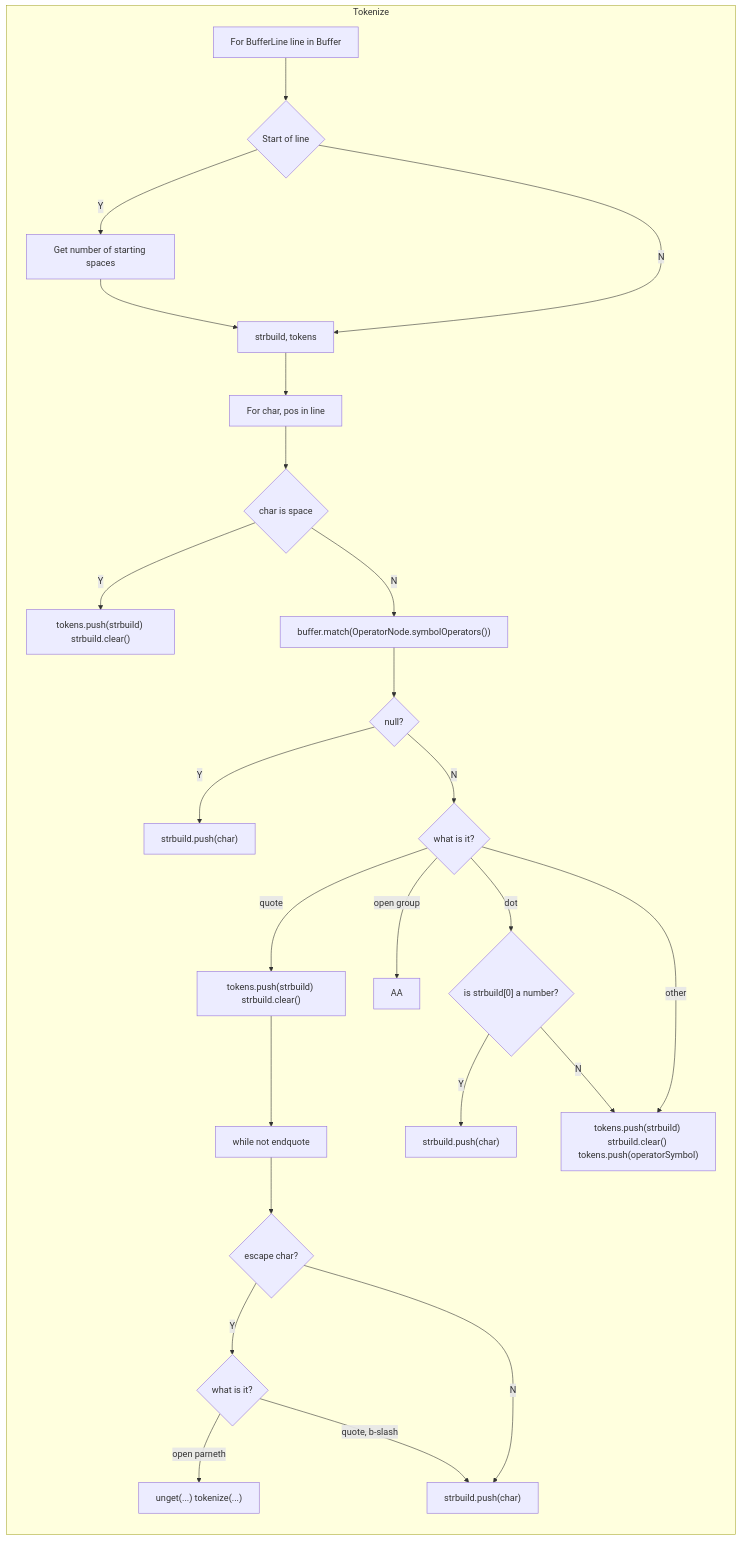
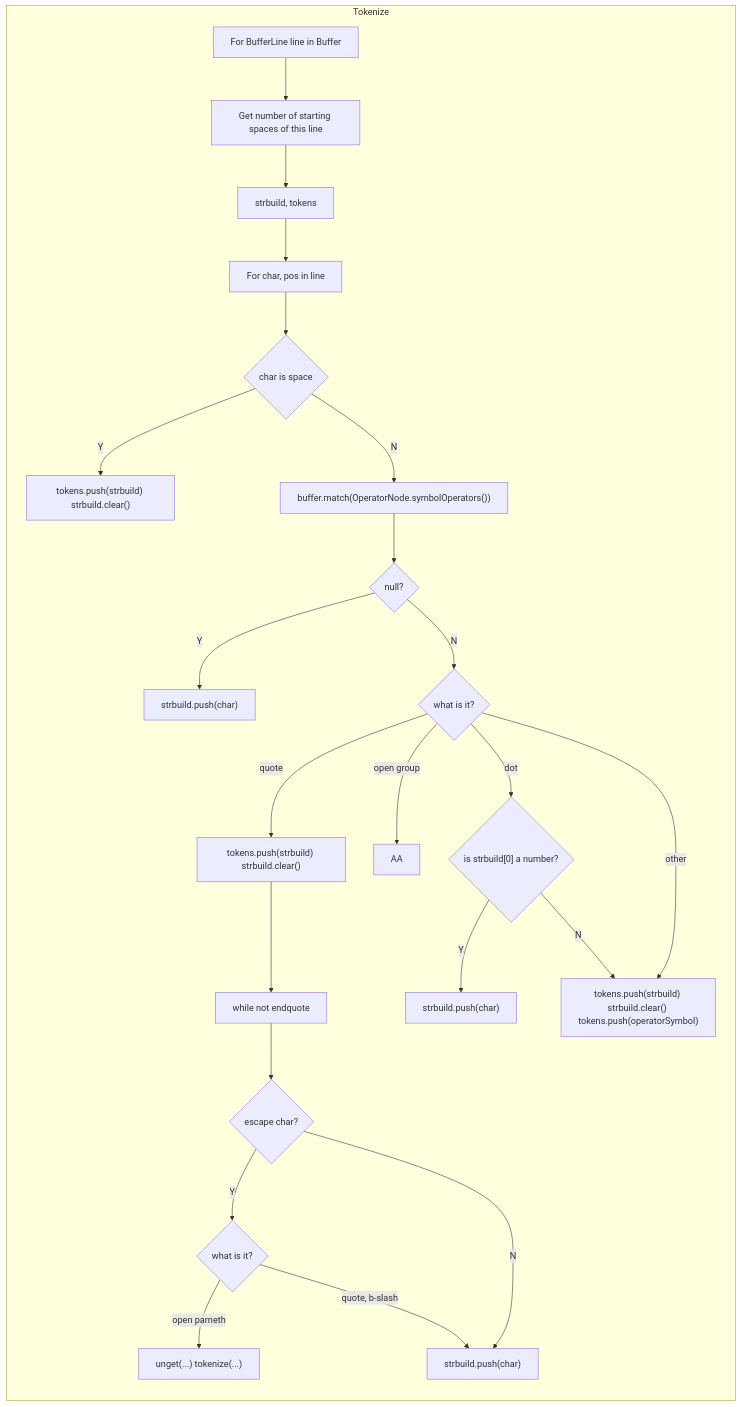
The eighth of 8 diagrams in Implementation.md (Jzhyang1/Monomer), drawn with Mermaid before and after one commit. The commit also changed other lines of this file, not shown here.

Commit message:
Implementation.md updated from https://stackedit.io/

````diff
--- a/Implementation.md
+++ b/Implementation.md
@@ -257,28 +257,26 @@
 ```mermaid
 graph LR
 subgraph sg1["Tokenize"]
-	A[For BufferLine line in Buffer] --> B{Start of line}
-	B -- Y --> C[Get number of starting spaces]
-	C --> X
-	B -- N --> X[strbuild, tokens]
-	X --> D[For char, pos in line] 
-	D --> E{char is space}
+	A[For BufferLine line in Buffer] --> B[Get number of starting spaces of this line]
+	 --> C[strbuild, tokens]
+	 --> D[For char, pos in line] 
+	 --> E{char is space}
 	E -- Y --> Y["tokens.push(strbuild) strbuild.clear()"]
 	E -- N --> F["buffer.match(OperatorNode.symbolOperators())"]
 	F --> G{null?}
 	G -- Y --> H["strbuild.push(char)"]
 	G -- N --> Z{what is it?}
 	Z -- quote --> J["tokens.push(strbuild) strbuild.clear()"]
 	J --> P[while not endquote] 
 	P --> Q{escape char?}
 	Q -- Y --> R{what is it?}
 	R -- "open parneth" --> T["unget(...) tokenize(...)"]
 	R -- "quote, b-slash" --> S
 	Q -- N --> S["strbuild.push(char)"]
 	Z -- "open group" --> AA
 	Z -- dot --> K{"is strbuild[0] a number?"}
 	K -- Y --> L["strbuild.push(char)"]
 	K -- N --> I
 	Z -- other --> I["tokens.push(strbuild) strbuild.clear() tokens.push(operatorSymbol)"]
 end
 ```
````
